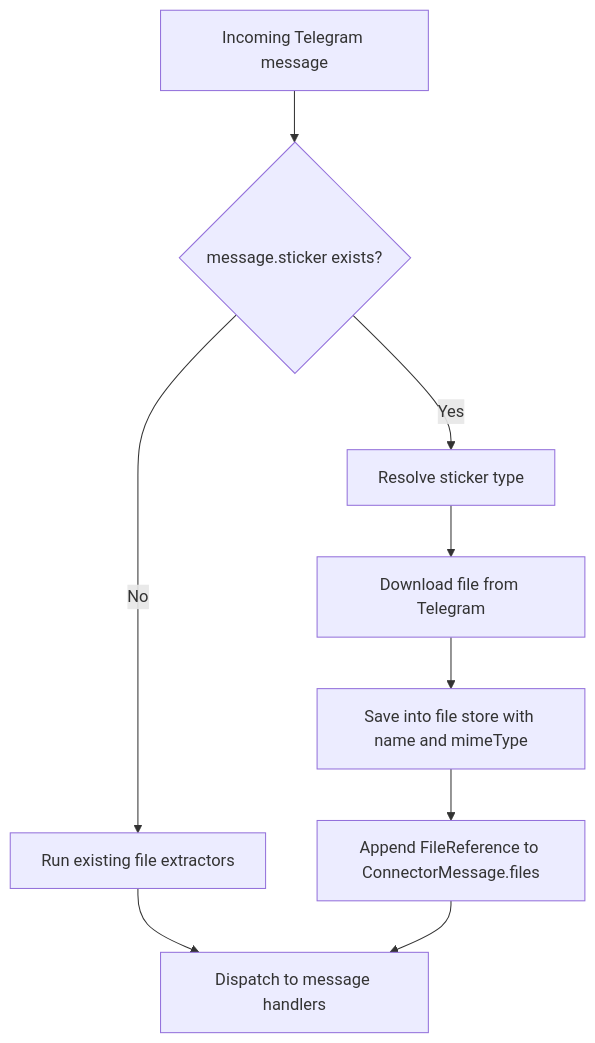
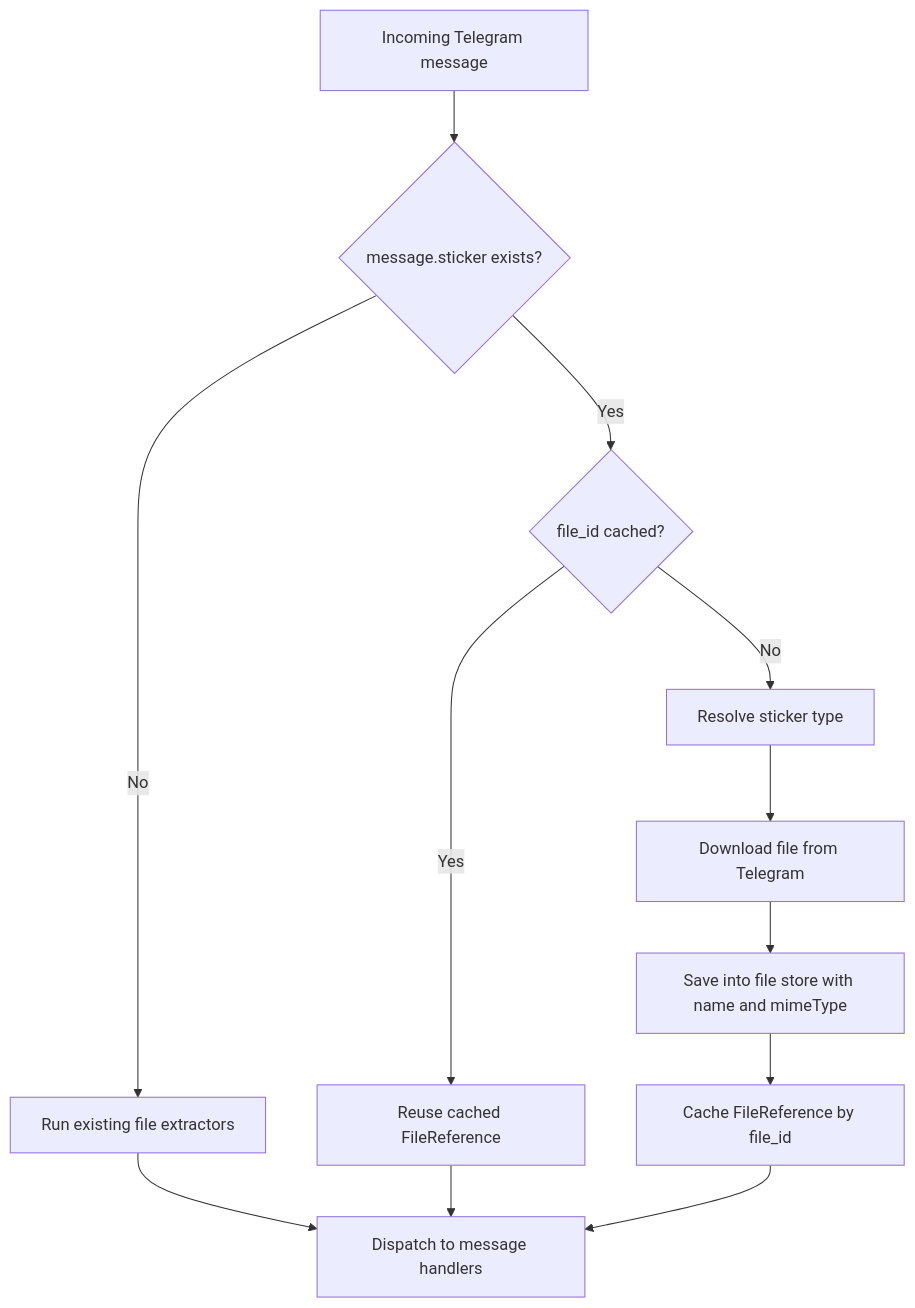
Before and after one commit to ex3ndr/daycare: the diagram in doc/internals/telegram-sticker-forwarding.md, drawn with Mermaid. The commit also changed other lines of this file and 4 other files, not shown here.

````diff
--- a/doc/internals/telegram-sticker-forwarding.md
+++ b/doc/internals/telegram-sticker-forwarding.md
@@ -16,11 +17,14 @@
 ```mermaid
 flowchart TD
   A[Incoming Telegram message] --> B{message.sticker exists?}
   B -->|No| C[Run existing file extractors]
-  B -->|Yes| D[Resolve sticker type]
-  D --> E[Download file from Telegram]
-  E --> F[Save into file store with name and mimeType]
-  F --> G[Append FileReference to ConnectorMessage.files]
-  C --> H[Dispatch to message handlers]
-  G --> H
+  B -->|Yes| D{file_id cached?}
+  D -->|Yes| E[Reuse cached FileReference]
+  D -->|No| F[Resolve sticker type]
+  F --> G[Download file from Telegram]
+  G --> H[Save into file store with name and mimeType]
+  H --> I[Cache FileReference by file_id]
+  C --> J[Dispatch to message handlers]
+  E --> J
+  I --> J
 ```
````
